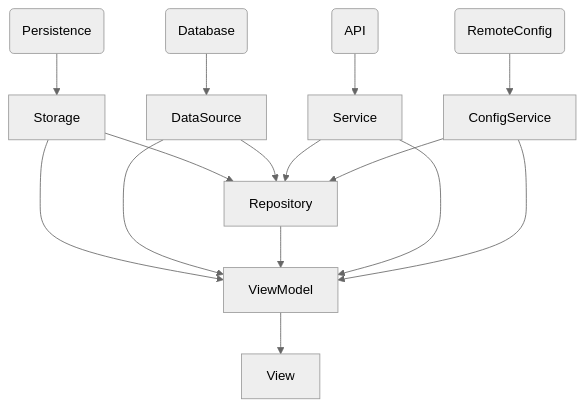
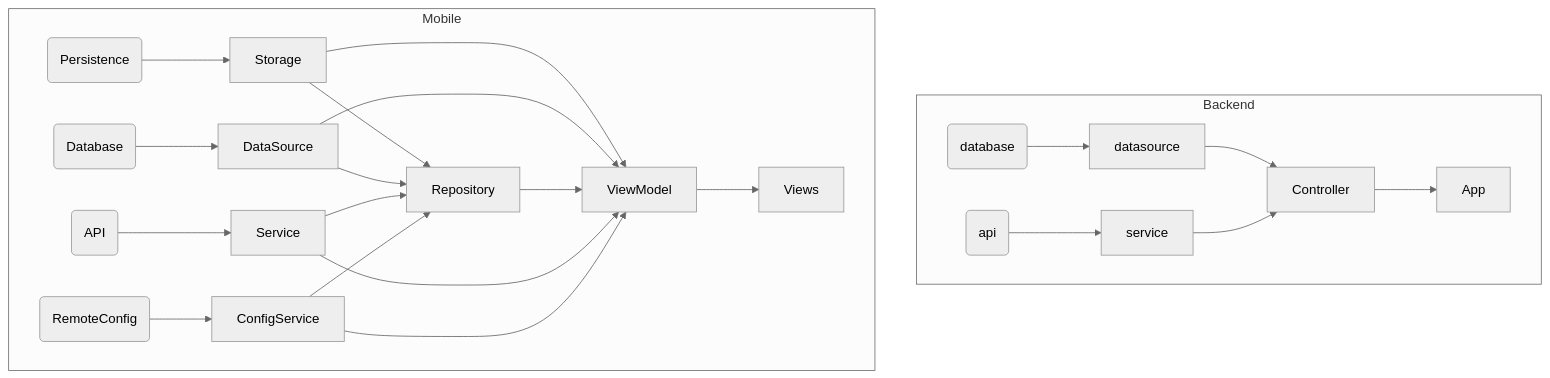
Before and after one commit to Oztechan/CCC: the second of 2 diagrams in README.md, drawn with Mermaid (neutral theme). The commit also changed other lines of this file, not shown here.

Commit message:
[Oztechan/CCC#1969] Update README.md for Modularization and Architecture

````diff
--- a/README.md
+++ b/README.md
@@ -173,24 +106,35 @@
 ```mermaid
 graph TD;
-
-Persistence(Persistence) --> Storage
-Database(Database) --> DataSource
-
-API(API) --> Service
-RemoteConfig(RemoteConfig) --> ConfigService
-
-Storage --> ViewModel
-DataSource --> ViewModel
-
-Repository --> ViewModel
-
-Storage --> Repository
-DataSource --> Repository
-Service --> Repository
-ConfigService --> Repository
-
-Service --> ViewModel
-ConfigService --> ViewModel
-
-ViewModel --> View
+    subgraph Backend[Backend]
+        database(database) --> datasource
+        api(api) --> service
+    
+        datasource --> Controller
+        service --> Controller
+    
+        Controller --> App
+    end
+    
+    subgraph Mobile[Mobile]
+        Persistence(Persistence) --> Storage
+        Database(Database) --> DataSource
+    
+        API(API) --> Service
+        RemoteConfig(RemoteConfig) --> ConfigService
+    
+        Storage --> ViewModel
+        DataSource --> ViewModel
+    
+        Repository --> ViewModel
+    
+        Storage --> Repository
+        DataSource --> Repository
+        Service --> Repository
+        ConfigService --> Repository
+    
+        Service --> ViewModel
+        ConfigService --> ViewModel
+    
+        ViewModel --> Views
+    end
 ```
````
